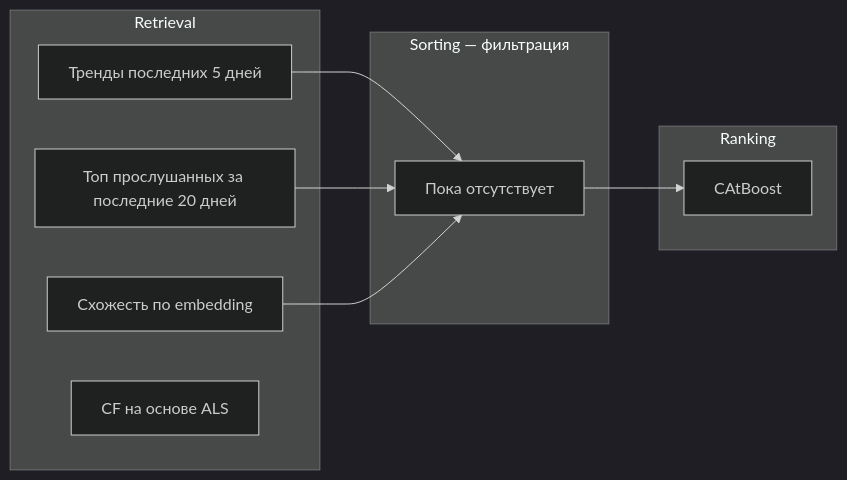
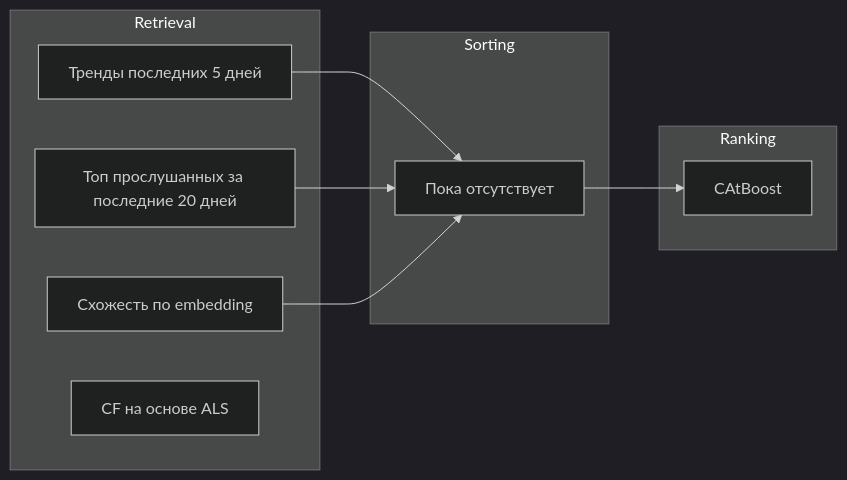
One commit to Nastasy822/music-recommendation-experiments changed the diagram in README.md. Above: the diagram before and after it, drawn with Mermaid (dark theme).

Commit message:
docs(С4): update diagram

````diff
--- a/README.md
+++ b/README.md
@@ -149,27 +149,27 @@
 ```mermaid
 flowchart LR
 
     %% === Блоки пайплайна ===
     subgraph RETRIEVAL ["Retrieval"]
         PopAll["Тренды последних 5 дней"]
         PopUser["Топ прослушанных за последние 20 дней"]
         SIM["Схожесть по embedding"]
         ALS["CF на основе ALS"]
     end
 
-    subgraph SORTING ["Sorting — фильтрация"]
+    subgraph SORTING ["Sorting"]
         FILTER["Пока отсутствует"]
     end
 
     subgraph RANKING ["Ranking"]
         RANK["CAtBoost"]
     end
 
     %% === Потоки данных ===
     PopAll --> FILTER
     PopUser --> FILTER
     SIM --> FILTER
 
     FILTER --> RANK
 
 ```
````
